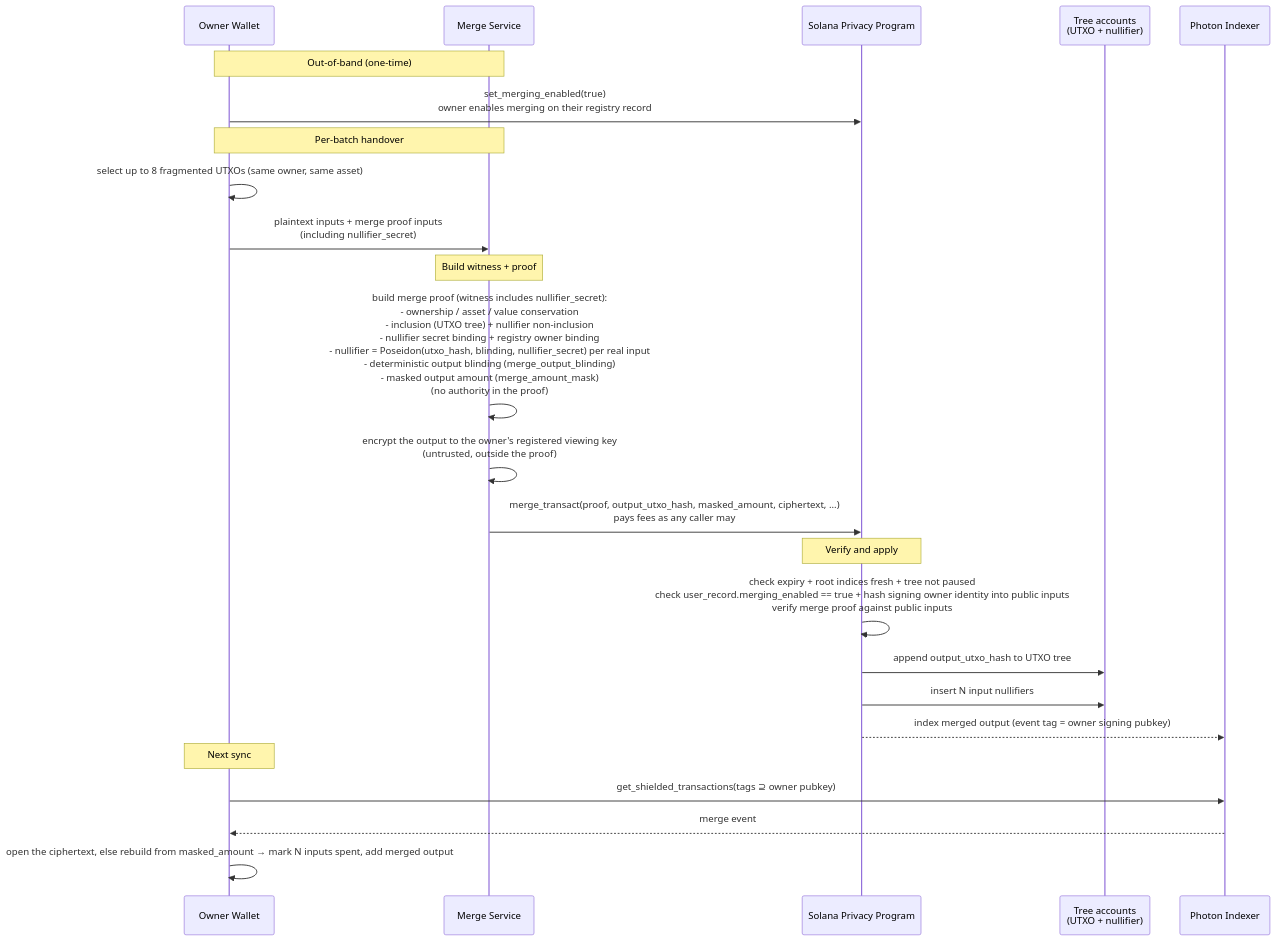
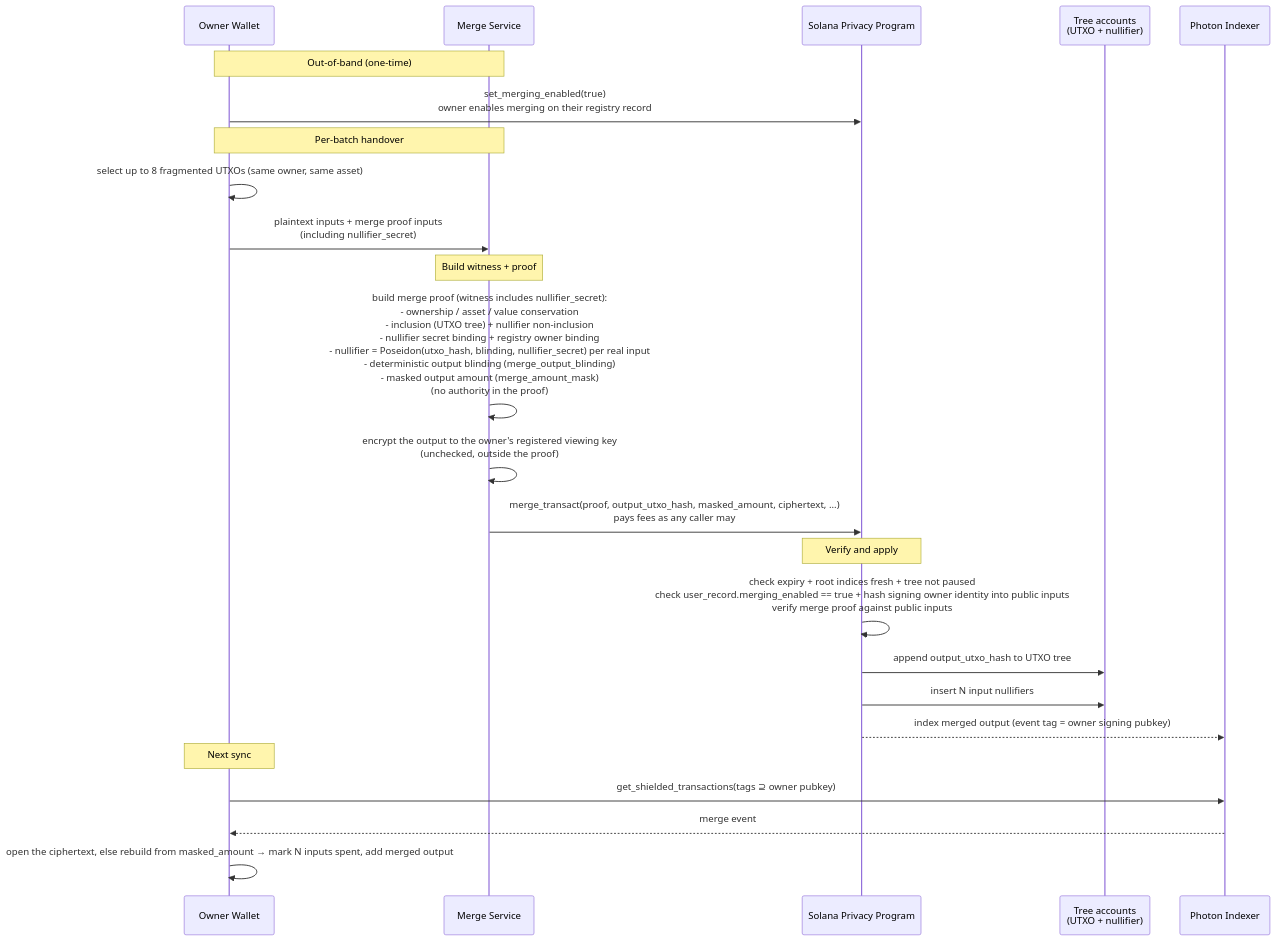
One commit to helius-labs/zolana changed the fifth of 5 diagrams in docs/spec.md. Above: the diagram before and after it, drawn with Mermaid. The commit also changed other lines of this file, not shown here.

Commit message:
docs(spec): tighten the merge and compact padding additions

````diff
--- a/docs/spec.md
+++ b/docs/spec.md
@@ -2893,31 +2884,31 @@
 ```mermaid
 sequenceDiagram
     participant Wallet as Owner Wallet
     participant Merge as Merge Service
     participant SPP as Solana Privacy Program
     participant Trees as Tree accounts<br/>(UTXO + nullifier)
     participant Indexer as Photon Indexer
 
     Note over Merge,Wallet: Out-of-band (one-time)
     Wallet->>SPP: set_merging_enabled(true)<br/>owner enables merging on their registry record
 
     Note over Wallet,Merge: Per-batch handover
     Wallet->>Wallet: select up to 8 fragmented UTXOs (same owner, same asset)
     Wallet->>Merge: plaintext inputs + merge proof inputs<br/>(including nullifier_secret)
 
     Note over Merge: Build witness + proof
     Merge->>Merge: build merge proof (witness includes nullifier_secret):<br/>- ownership / asset / value conservation<br/>- inclusion (UTXO tree) + nullifier non-inclusion<br/>- nullifier secret binding + registry owner binding<br/>- nullifier = Poseidon(utxo_hash, blinding, nullifier_secret) per real input<br/>- deterministic output blinding (merge_output_blinding)<br/>- masked output amount (merge_amount_mask)<br/>(no authority in the proof)
-    Merge->>Merge: encrypt the output to the owner's registered viewing key<br/>(untrusted, outside the proof)
+    Merge->>Merge: encrypt the output to the owner's registered viewing key<br/>(unchecked, outside the proof)
     Merge->>SPP: merge_transact(proof, output_utxo_hash, masked_amount, ciphertext, ...)<br/>pays fees as any caller may
 
     Note over SPP: Verify and apply
     SPP->>SPP: check expiry + root indices fresh + tree not paused<br/>check user_record.merging_enabled == true + hash signing owner identity into public inputs<br/>verify merge proof against public inputs
     SPP->>Trees: append output_utxo_hash to UTXO tree
     SPP->>Trees: insert N input nullifiers
     SPP-->>Indexer: index merged output (event tag = owner signing pubkey)
 
     Note over Wallet: Next sync
     Wallet->>Indexer: get_shielded_transactions(tags ⊇ owner pubkey)
     Indexer-->>Wallet: merge event
     Wallet->>Wallet: open the ciphertext, else rebuild from masked_amount → mark N inputs spent, add merged output
 ```
````
